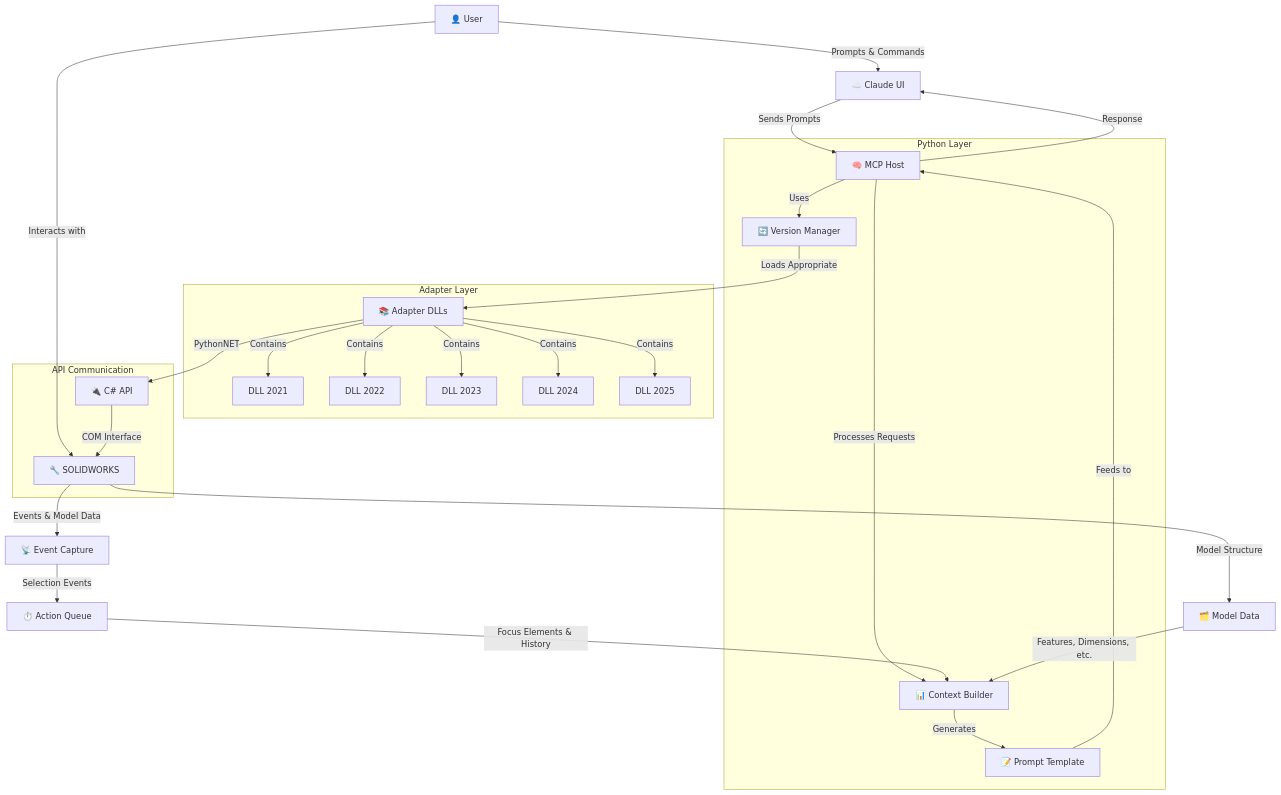
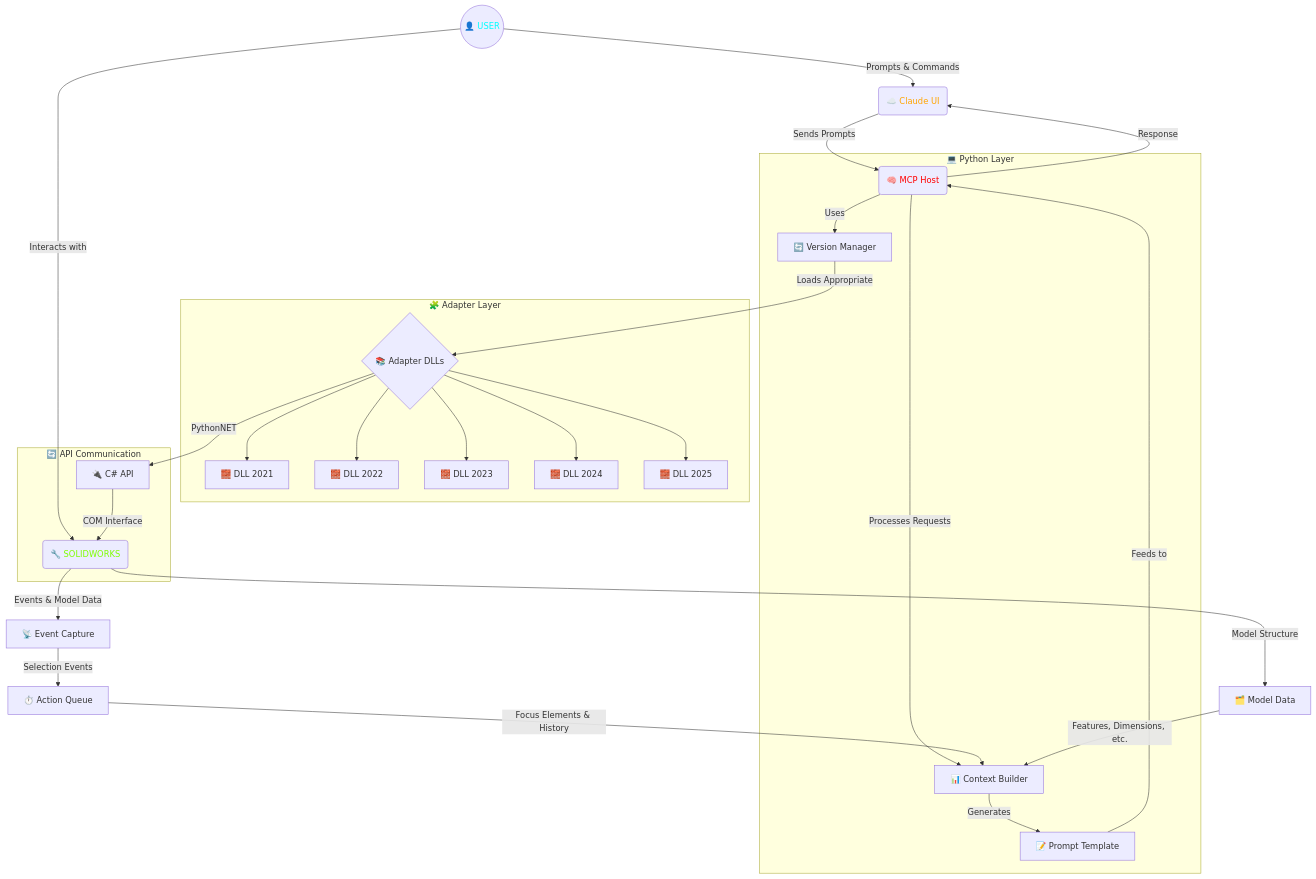
The diagram in docs/system-architecture.mmd (vespo92/mcp-server-solidworks), drawn with Mermaid before and after one commit.

```diff
--- a/docs/system-architecture.mmd
+++ b/docs/system-architecture.mmd
@@ -1,35 +1,44 @@
-graph TD
-    User[👤 User] -->|Prompts & Commands| ClaudeUI["☁️ Claude UI"]
-    User -->|Interacts with| SolidWorks["🔧 SOLIDWORKS"]
-    
-    ClaudeUI -->|Sends Prompts| MCPHost["🧠 MCP Host"]
-    
-    subgraph PythonLayer["Python Layer"]
-        MCPHost -->|Processes Requests| ContextBuilder["📊 Context Builder"]
-        ContextBuilder -->|Generates| PromptTemplate["📝 Prompt Template"]
-        PromptTemplate -->|Feeds to| MCPHost
-        MCPHost -->|Uses| VersionManager["🔄 Version Manager"]
+flowchart TD
+    classDef user color:aqua;
+    classDef claude color:orange;
+    classDef mcphost color:red;
+    classDef solidworks color:chartreuse;
+
+    Start(("👤 USER")):::user
+    ClaudeUI("☁️ Claude UI"):::claude
+    MCPHost("🧠 MCP Host"):::mcphost
+    SolidWorks("🔧 SOLIDWORKS"):::solidworks
+
+    Start -->|"Prompts & Commands"| ClaudeUI
+    Start -->|"Interacts with"| SolidWorks
+    ClaudeUI -->|"Sends Prompts"| MCPHost
+
+    subgraph PythonLayer["💻 Python Layer"]
+        MCPHost -->|"Processes Requests"| ContextBuilder["📊 Context Builder"]
+        ContextBuilder -->|"Generates"| PromptTemplate["📝 Prompt Template"]
+        PromptTemplate -->|"Feeds to"| MCPHost
+        MCPHost -->|"Uses"| VersionManager["🔄 Version Manager"]
     end
-    
-    subgraph AdapterLayer["Adapter Layer"]
-        VersionManager -->|Loads Appropriate| AdapterDLLs["📚 Adapter DLLs"]
-        AdapterDLLs -->|Contains| SW2021["DLL 2021"]
-        AdapterDLLs -->|Contains| SW2022["DLL 2022"]
-        AdapterDLLs -->|Contains| SW2023["DLL 2023"]
-        AdapterDLLs -->|Contains| SW2024["DLL 2024"]
-        AdapterDLLs -->|Contains| SW2025["DLL 2025"]
+
+    subgraph AdapterLayer["🧩 Adapter Layer"]
+        VersionManager -->|"Loads Appropriate"| AdapterDLLs{"📚 Adapter DLLs"}
+        AdapterDLLs --> SW2021["🧱 DLL 2021"]
+        AdapterDLLs --> SW2022["🧱 DLL 2022"]
+        AdapterDLLs --> SW2023["🧱 DLL 2023"]
+        AdapterDLLs --> SW2024["🧱 DLL 2024"]
+        AdapterDLLs --> SW2025["🧱 DLL 2025"]
     end
-    
-    subgraph APICommunication["API Communication"]
-        AdapterDLLs -->|PythonNET| CSharpAPI["🔌 C# API"]
-        CSharpAPI -->|COM Interface| SolidWorks
+
+    subgraph APICommunication["🔄 API Communication"]
+        AdapterDLLs -->|"PythonNET"| CSharpAPI["🔌 C# API"]
+        CSharpAPI -->|"COM Interface"| SolidWorks
     end
-    
-    SolidWorks -->|Events & Model Data| EventCapture["📡 Event Capture"]
-    EventCapture -->|Selection Events| ActionQueue["⏱️ Action Queue"]
-    ActionQueue -->|Focus Elements & History| ContextBuilder
-    
-    SolidWorks -->|Model Structure| ModelData["🗂️ Model Data"]
-    ModelData -->|Features, Dimensions, etc.| ContextBuilder
-    
-    MCPHost -->|Response| ClaudeUI
+
+    SolidWorks -->|"Events & Model Data"| EventCapture["📡 Event Capture"]
+    EventCapture -->|"Selection Events"| ActionQueue["⏱️ Action Queue"]
+    ActionQueue -->|"Focus Elements & History"| ContextBuilder
+
+    SolidWorks -->|"Model Structure"| ModelData["🗂️ Model Data"]
+    ModelData -->|"Features, Dimensions, etc."| ContextBuilder
+
+    MCPHost -->|"Response"| ClaudeUI
```
